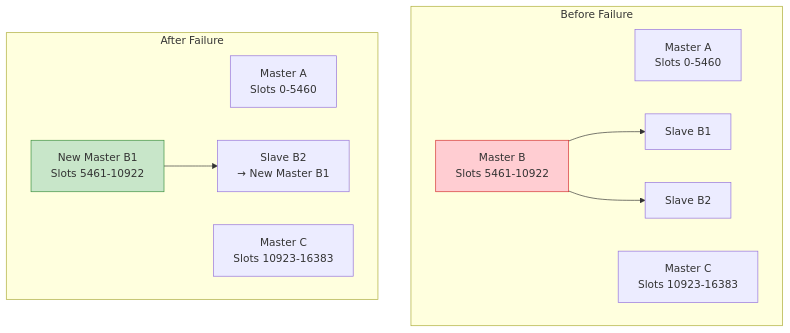
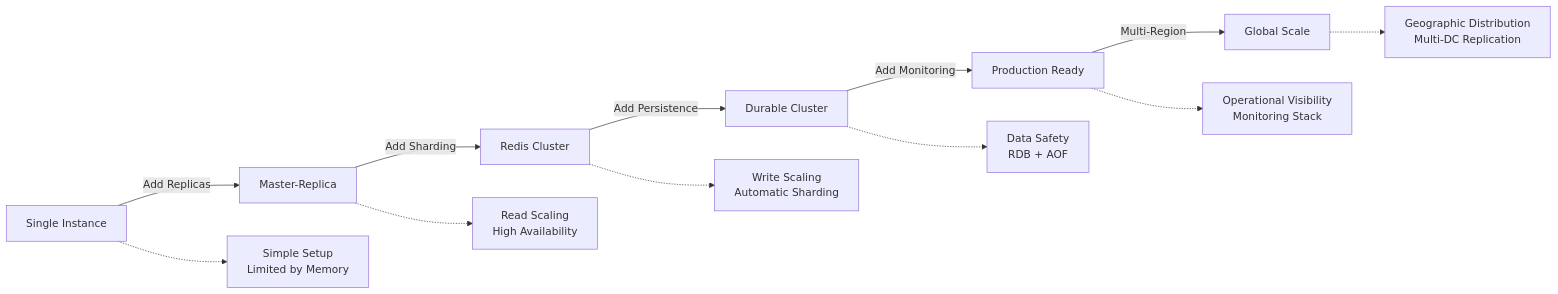
The second of 2 diagrams in docs/case-studies/redis-architecture.md (deepaucksharma/DStudio), drawn with Mermaid before and after one commit. The commit also changed other lines of this file and 282 other files, not shown here.

````diff
--- a/docs/case-studies/redis-architecture.md
+++ b/docs/case-studies/redis-architecture.md
@@ -433,28 +182,15 @@
 ```mermaid
-graph TB
-    subgraph "Before Failure"
-        MA[Master A<br/>Slots 0-5460]
-        MB[Master B<br/>Slots 5461-10922]
-        MC[Master C<br/>Slots 10923-16383]
-        SB1[Slave B1]
-        SB2[Slave B2]
-        
-        MB --> SB1
-        MB --> SB2
-    end
+graph LR
+    A[Single Instance] -->|Add Replicas| B[Master-Replica]
+    B -->|Add Sharding| C[Redis Cluster]
+    C -->|Add Persistence| D[Durable Cluster]
+    D -->|Add Monitoring| E[Production Ready]
+    E -->|Multi-Region| F[Global Scale]
     
-    subgraph "After Failure"
-        MA2[Master A<br/>Slots 0-5460]
-        SB1_NEW[New Master B1<br/>Slots 5461-10922]
-        MC2[Master C<br/>Slots 10923-16383]
-        SB2_NEW[Slave B2<br/>→ New Master B1]
-        
-        SB1_NEW --> SB2_NEW
-    end
-    
-    classDef failed fill:#ffcdd2,stroke:#d32f2f
-    classDef promoted fill:#c8e6c9,stroke:#388e3c
-    
-    class MB failed
-    class SB1_NEW promoted
+    A -.-> A1[Simple Setup<br/>Limited by Memory]
+    B -.-> B1[Read Scaling<br/>High Availability]
+    C -.-> C1[Write Scaling<br/>Automatic Sharding]
+    D -.-> D1[Data Safety<br/>RDB + AOF]
+    E -.-> E1[Operational Visibility<br/>Monitoring Stack]
+    F -.-> F1[Geographic Distribution<br/>Multi-DC Replication]
 ```
````
